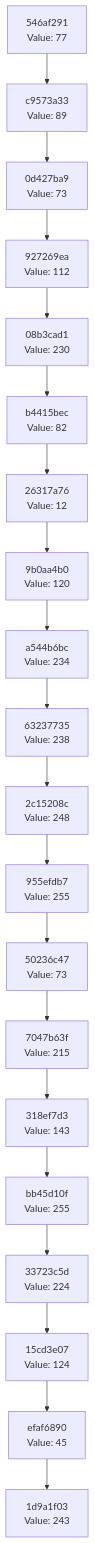
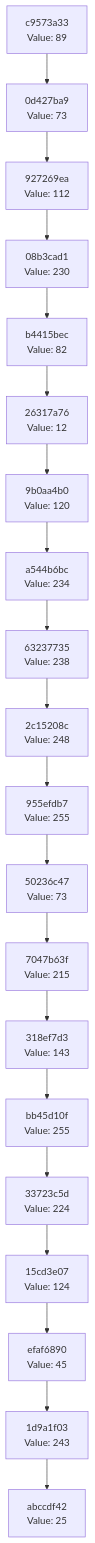
Before and after one commit to Abhisheksinha1506/hash-chain-evolver: the diagram in docs/CHAIN_VISUALIZATION.md, drawn with Mermaid. The commit also changed 1 other file, not shown here.

Commit message:
Evolution Step

````diff
--- a/docs/CHAIN_VISUALIZATION.md
+++ b/docs/CHAIN_VISUALIZATION.md
@@ -3,42 +3,42 @@
 ```mermaid
 graph TD
-    C0["1d9a1f03<br/>Value: 243"]
-    C1["efaf6890<br/>Value: 45"]
+    C0["abccdf42<br/>Value: 25"]
+    C1["1d9a1f03<br/>Value: 243"]
     C1 --> C0
-    C2["15cd3e07<br/>Value: 124"]
+    C2["efaf6890<br/>Value: 45"]
     C2 --> C1
-    C3["33723c5d<br/>Value: 224"]
+    C3["15cd3e07<br/>Value: 124"]
     C3 --> C2
-    C4["bb45d10f<br/>Value: 255"]
+    C4["33723c5d<br/>Value: 224"]
     C4 --> C3
-    C5["318ef7d3<br/>Value: 143"]
+    C5["bb45d10f<br/>Value: 255"]
     C5 --> C4
-    C6["7047b63f<br/>Value: 215"]
+    C6["318ef7d3<br/>Value: 143"]
     C6 --> C5
-    C7["50236c47<br/>Value: 73"]
+    C7["7047b63f<br/>Value: 215"]
     C7 --> C6
-    C8["955efdb7<br/>Value: 255"]
+    C8["50236c47<br/>Value: 73"]
     C8 --> C7
-    C9["2c15208c<br/>Value: 248"]
+    C9["955efdb7<br/>Value: 255"]
     C9 --> C8
-    C10["63237735<br/>Value: 238"]
+    C10["2c15208c<br/>Value: 248"]
     C10 --> C9
-    C11["a544b6bc<br/>Value: 234"]
+    C11["63237735<br/>Value: 238"]
     C11 --> C10
-    C12["9b0aa4b0<br/>Value: 120"]
+    C12["a544b6bc<br/>Value: 234"]
     C12 --> C11
-    C13["26317a76<br/>Value: 12"]
+    C13["9b0aa4b0<br/>Value: 120"]
     C13 --> C12
-    C14["b4415bec<br/>Value: 82"]
+    C14["26317a76<br/>Value: 12"]
     C14 --> C13
-    C15["08b3cad1<br/>Value: 230"]
+    C15["b4415bec<br/>Value: 82"]
     C15 --> C14
-    C16["927269ea<br/>Value: 112"]
+    C16["08b3cad1<br/>Value: 230"]
     C16 --> C15
-    C17["0d427ba9<br/>Value: 73"]
+    C17["927269ea<br/>Value: 112"]
     C17 --> C16
-    C18["c9573a33<br/>Value: 89"]
+    C18["0d427ba9<br/>Value: 73"]
     C18 --> C17
-    C19["546af291<br/>Value: 77"]
+    C19["c9573a33<br/>Value: 89"]
     C19 --> C18
 ```
````
